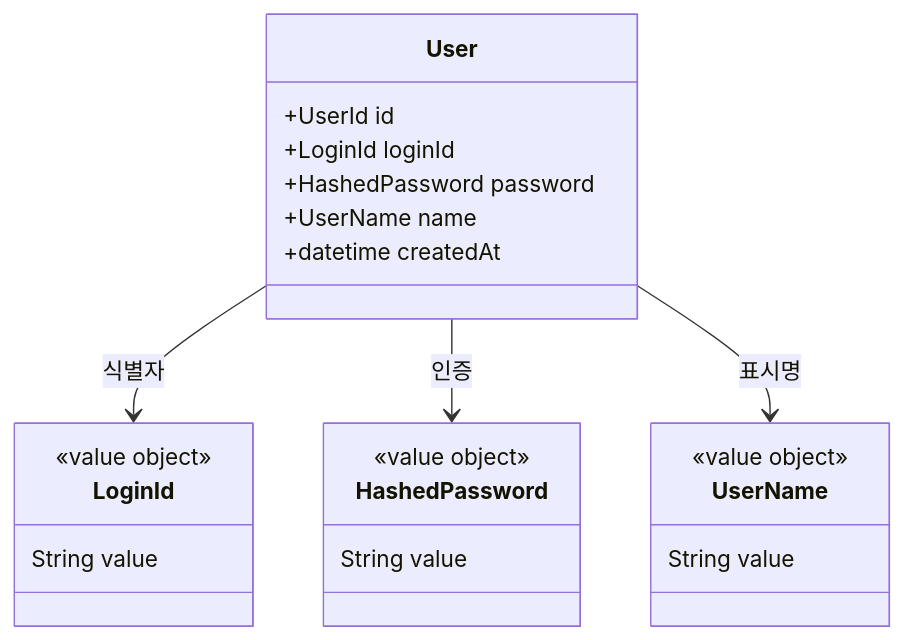
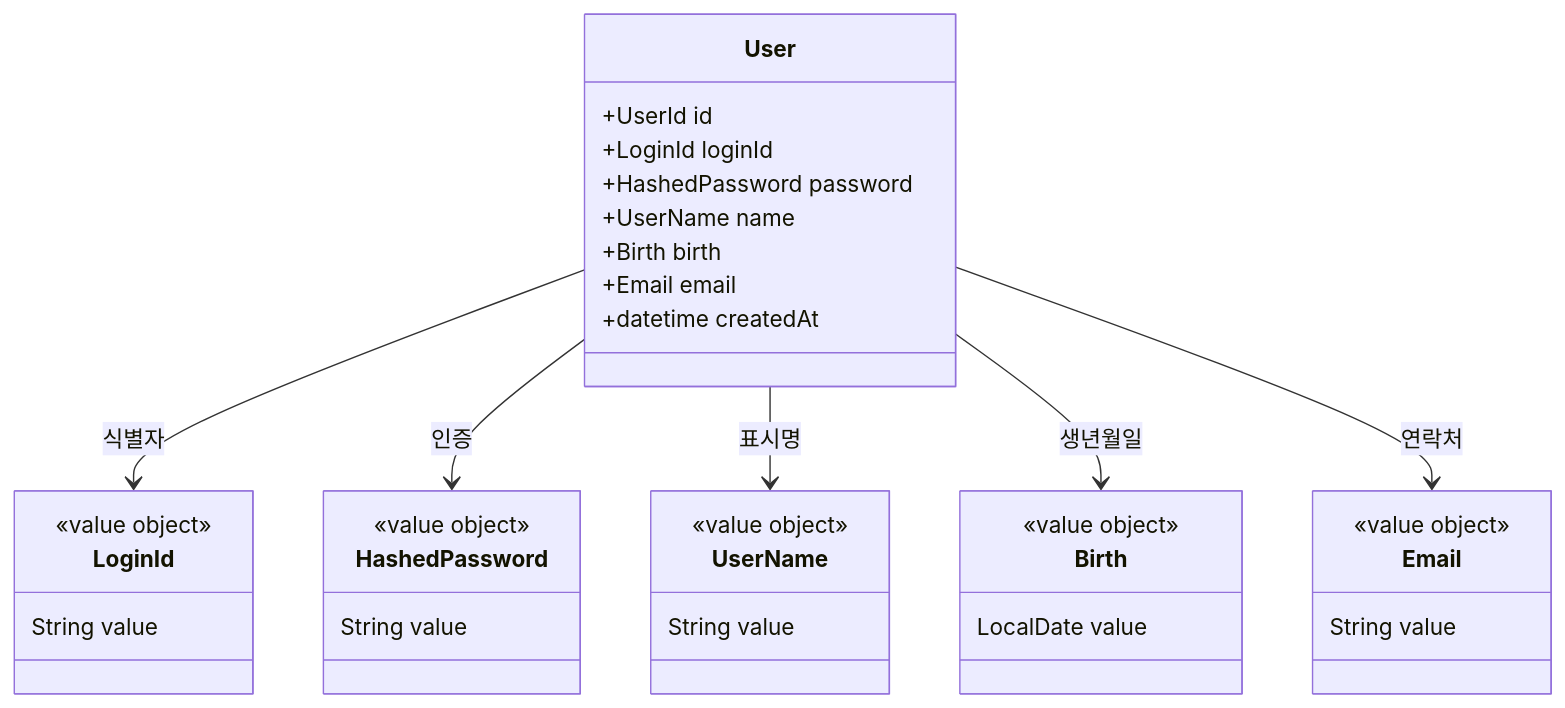
The seventh of 12 diagrams in .docs/design/00-domain-spec.md (loopers-labs/loop-pack-be-l2-vol4-java), drawn with Mermaid before and after one commit. The commit also changed other lines of this file and 8 other files, not shown here.

````diff
--- a/.docs/design/00-domain-spec.md
+++ b/.docs/design/00-domain-spec.md
@@ -354,29 +494,43 @@
 ```mermaid
 classDiagram
     class User {
         +UserId id
         +LoginId loginId
         +HashedPassword password
         +UserName name
+        +Birth birth
+        +Email email
         +datetime createdAt
     }
 
     class LoginId {
         <<value object>>
         String value
     }
 
     class HashedPassword {
         <<value object>>
         String value
     }
 
     class UserName {
         <<value object>>
         String value
     }
 
+    class Birth {
+        <<value object>>
+        LocalDate value
+    }
+
+    class Email {
+        <<value object>>
+        String value
+    }
+
     User --> LoginId : 식별자
     User --> HashedPassword : 인증
     User --> UserName : 표시명
+    User --> Birth : 생년월일
+    User --> Email : 연락처
 ```
````
